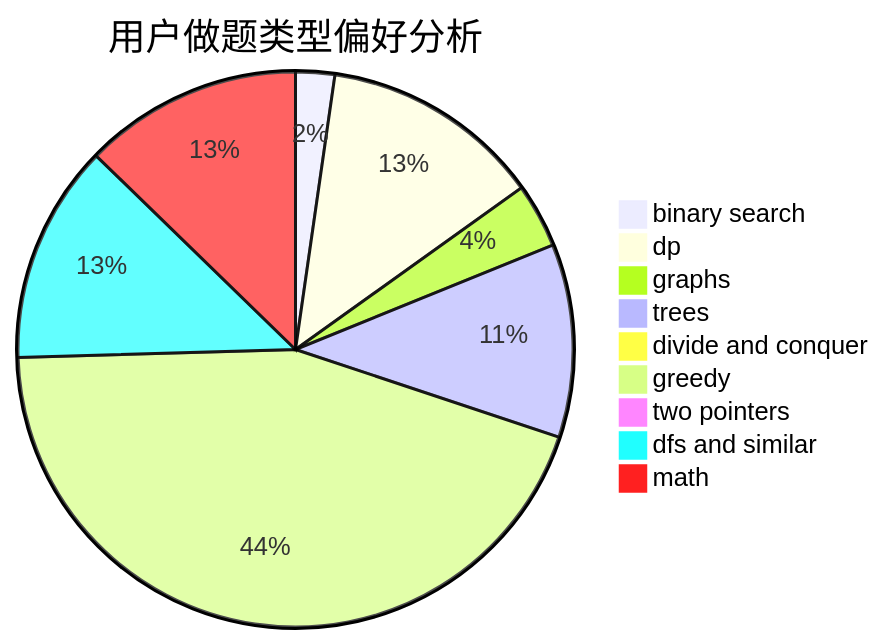
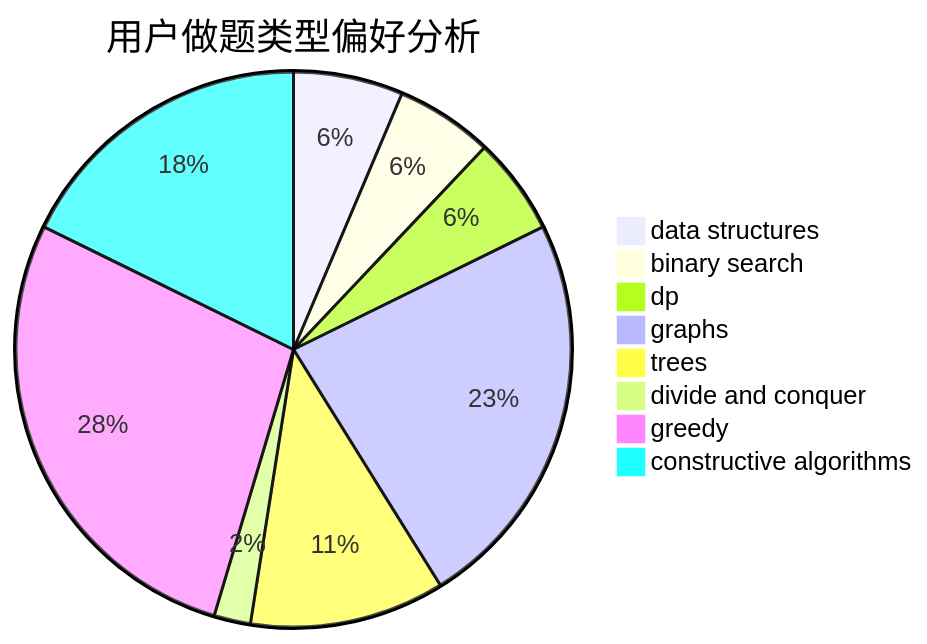
Before and after one commit to sherpahu/cfrs.github.io: the second of 3 diagrams in docs/user/u2211.md, drawn with Mermaid. The commit also changed other lines of this file and 2775 other files, not shown here.

````diff
--- a/docs/user/u2211.md
+++ b/docs/user/u2211.md
@@ -23,12 +23,11 @@
 ```mermaid
 pie title 用户做题类型偏好分析
-    "binary search" :  20
-    "dp" :  113
+    "data structures" :  9
+    "binary search" :  8
+    "dp" :  8
     "graphs" :  33
-    "trees" :  99
+    "trees" :  16
     "divide and conquer" :  3
-    "greedy" :  391
-    "two pointers" :  0
-    "dfs and similar" :  112
-    "math" :  112
+    "greedy" :  39
+    "constructive algorithms" :  25
 ```
````
